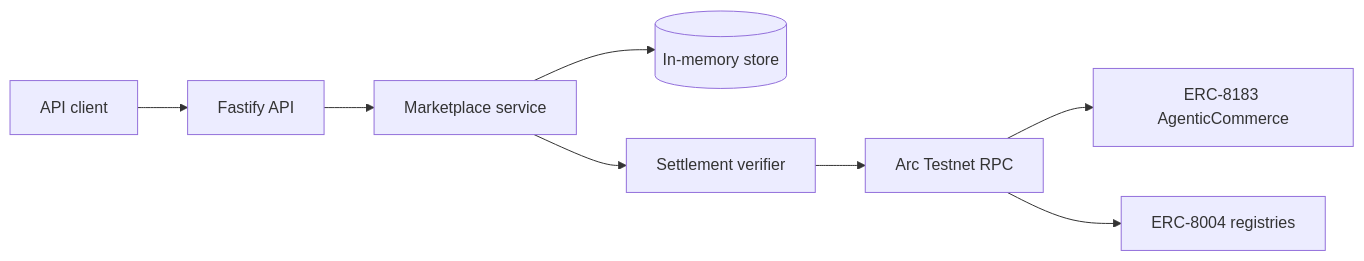
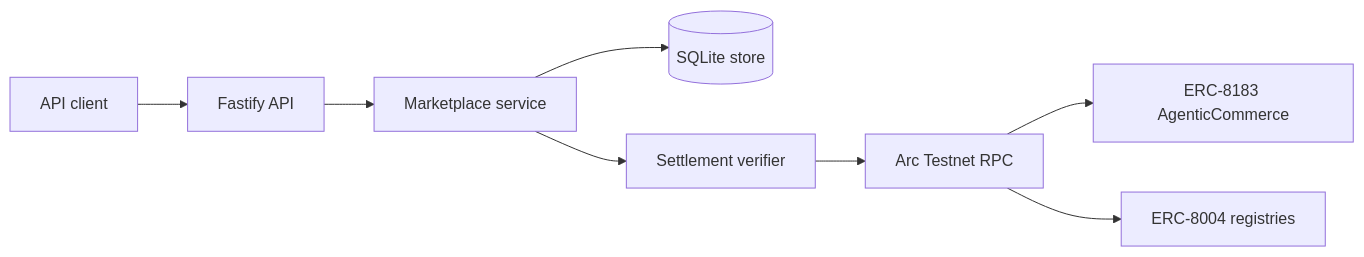
The diagram in README.md (xseven0908/arc-agent-work-market), drawn with Mermaid before and after one commit. The commit also changed other lines of this file and 17 other files, not shown here.

````diff
--- a/README.md
+++ b/README.md
@@ -48,10 +49,10 @@
 ```mermaid
 flowchart LR
     Client[API client] --> API[Fastify API]
     API --> Market[Marketplace service]
-    Market --> Store[(In-memory store)]
+    Market --> Store[(SQLite store)]
     Market --> Verify[Settlement verifier]
     Verify --> RPC[Arc Testnet RPC]
     RPC --> Commerce[ERC-8183 AgenticCommerce]
     RPC --> Identity[ERC-8004 registries]
 ```
````
